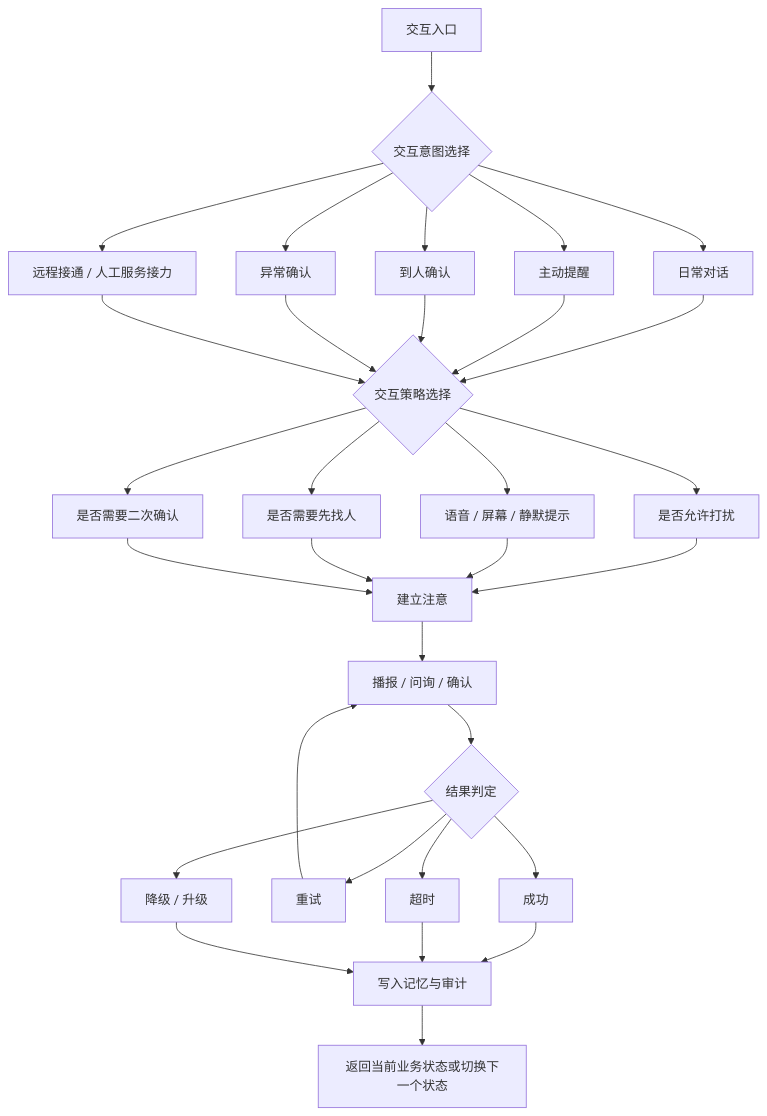
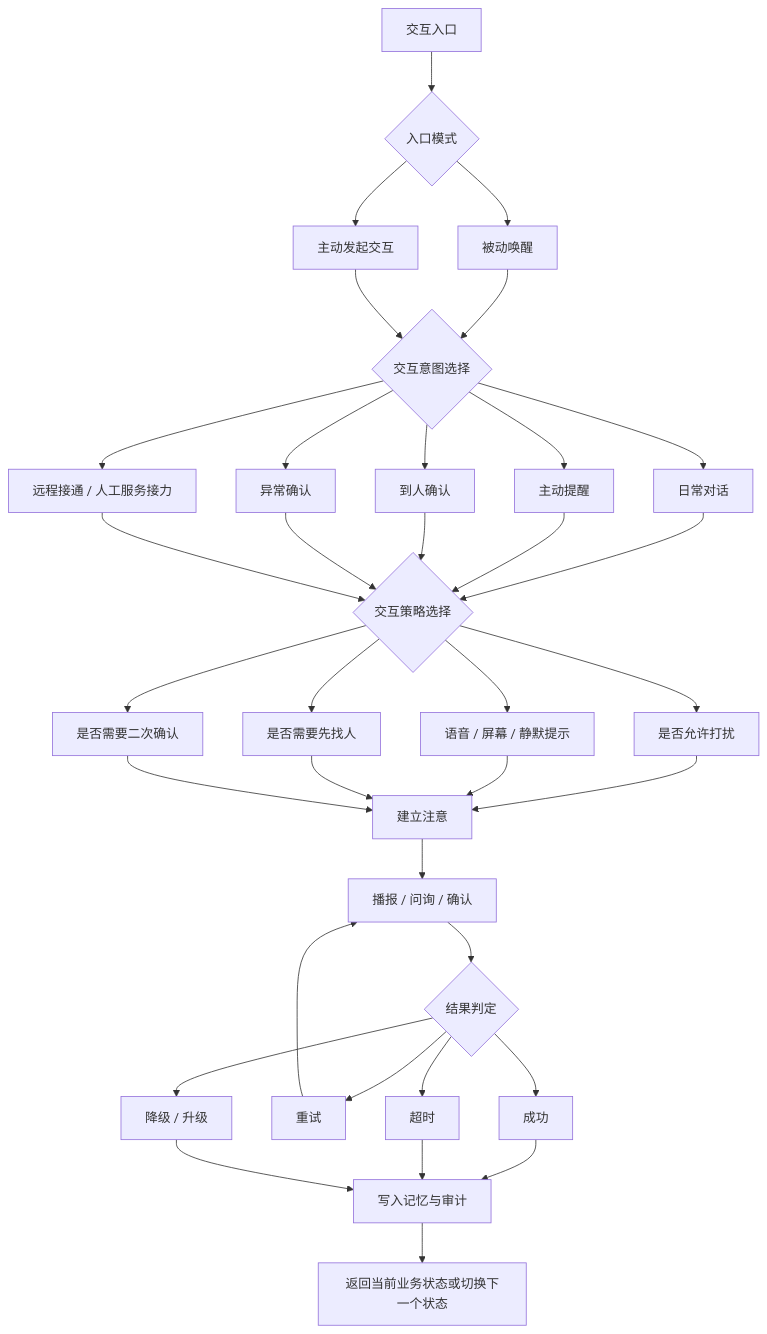
Before and after one commit to hlm12348765/Kinbot_OODA: the fifth of 6 diagrams in docs/08_reviews/14_state_switching_requirement_review_and_state_machine_proposal.md, drawn with Mermaid. The commit also changed other lines of this file and 1 other file, not shown here.

````diff
--- a/docs/08_reviews/14_state_switching_requirement_review_and_state_machine_proposal.md
+++ b/docs/08_reviews/14_state_switching_requirement_review_and_state_machine_proposal.md
@@ -400,39 +429,44 @@
 ```mermaid
 flowchart TD
-    A["交互入口"] --> B{"交互意图选择"}
+    A["交互入口"] --> A1{"入口模式"}
+    A1 --> A2["被动唤醒"]
+    A1 --> A3["主动发起交互"]
+
+    A2 --> B{"交互意图选择"}
+    A3 --> B
     B --> B1["日常对话"]
     B --> B2["主动提醒"]
     B --> B3["到人确认"]
     B --> B4["异常确认"]
     B --> B5["远程接通 / 人工服务接力"]
 
     B1 --> C{"交互策略选择"}
     B2 --> C
     B3 --> C
     B4 --> C
     B5 --> C
 
     C --> C1["是否允许打扰"]
     C --> C2["语音 / 屏幕 / 静默提示"]
     C --> C3["是否需要先找人"]
     C --> C4["是否需要二次确认"]
 
     C1 --> D["建立注意"]
     C2 --> D
     C3 --> D
     C4 --> D
 
     D --> E["播报 / 问询 / 确认"]
     E --> F{"结果判定"}
     F --> F1["成功"]
     F --> F2["重试"]
     F --> F3["超时"]
     F --> F4["降级 / 升级"]
 
     F1 --> G["写入记忆与审计"]
     F2 --> E
     F3 --> G
     F4 --> G
 
     G --> H["返回当前业务状态或切换下一个状态"]
 ```
````
